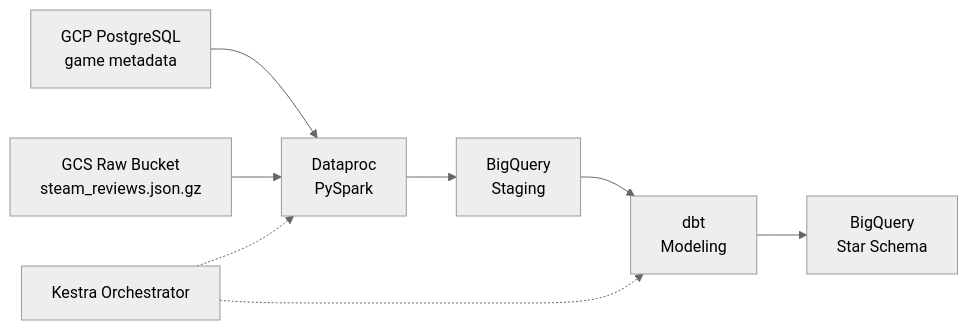
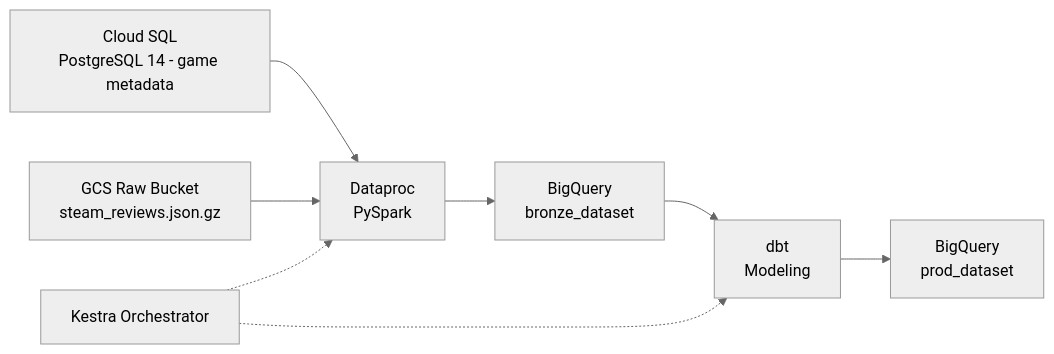
One commit to matthewchdu/steam-data-pipeline changed the diagram in README.md. Above: the diagram before and after it, drawn with Mermaid (neutral theme). The commit also changed other lines of this file and 1 other file, not shown here.

````diff
--- a/README.md
+++ b/README.md
@@ -9,11 +9,11 @@
 ```mermaid
 graph LR
-    A[GCP PostgreSQL<br/>game metadata] --> C[Dataproc<br/>PySpark]
+    A[Cloud SQL<br/>PostgreSQL 14 - game metadata] --> C[Dataproc<br/>PySpark]
     B[GCS Raw Bucket<br/>steam_reviews.json.gz] --> C
-    C --> D[BigQuery<br/>Staging]
+    C --> D[BigQuery<br/>bronze_dataset]
     D --> E[dbt<br/>Modeling]
-    E --> F[BigQuery<br/>Star Schema]
+    E --> F[BigQuery<br/>prod_dataset]
 
     K[Kestra Orchestrator] -.-> C
     K -.-> E
 ```
````
